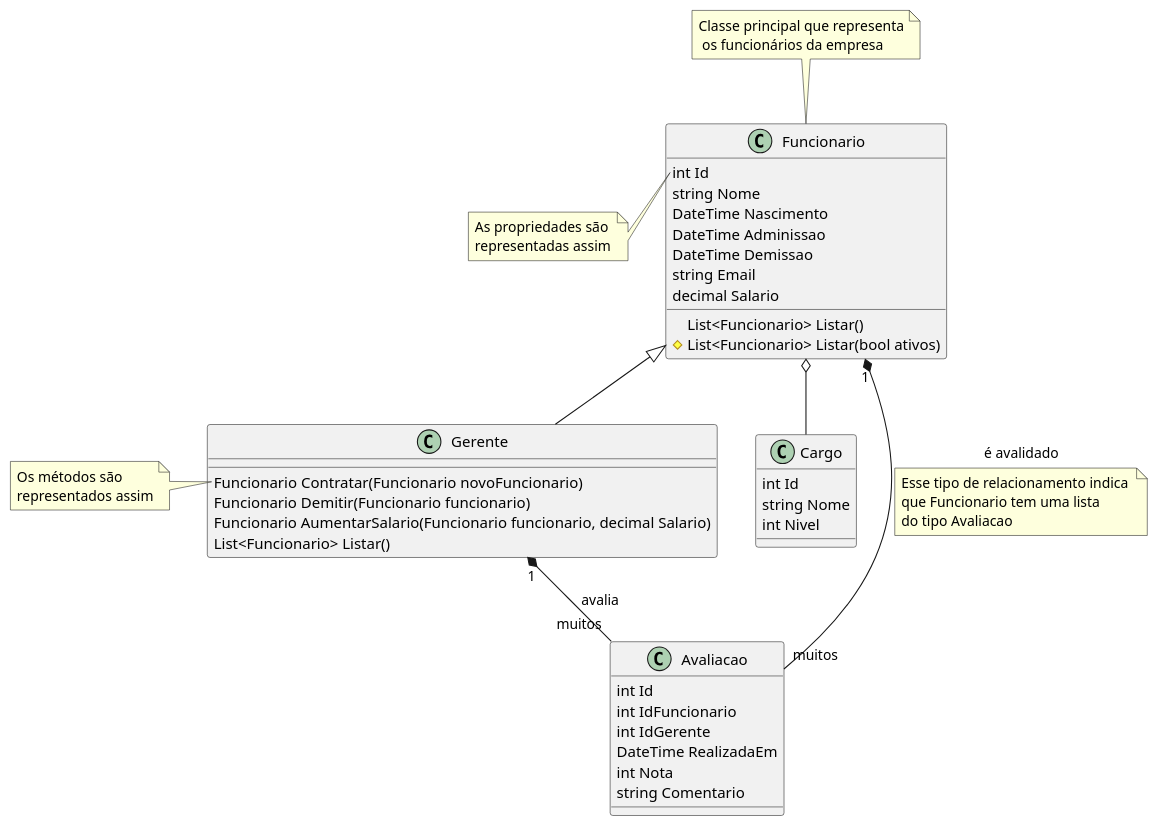
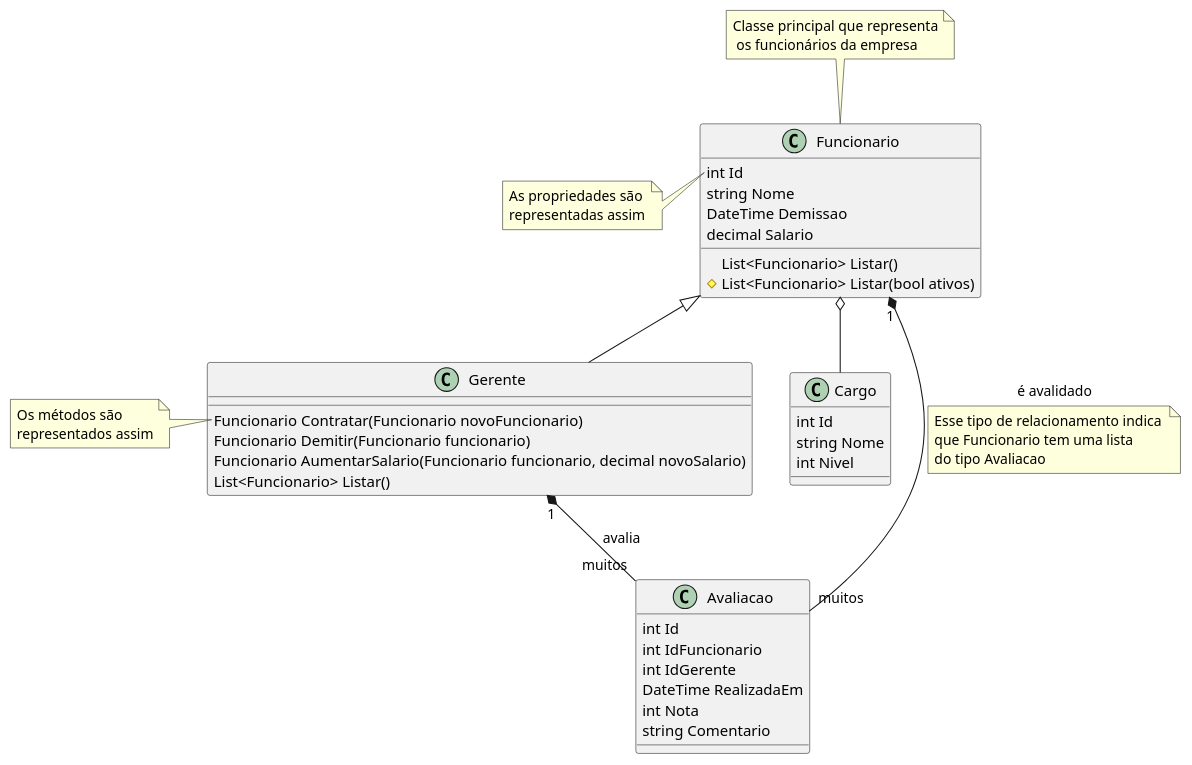
One commit to robertoosantosdev/educafro_2310_-csharp changed the diagram in diagrams/src/classDiagram.pu. Above: the diagram before and after it, drawn with PlantUML. The commit also changed 2 other files, not shown here.

```diff
--- a/diagrams/src/classDiagram.pu
+++ b/diagrams/src/classDiagram.pu
@@ -1,52 +1,49 @@
 @startuml
 class Cargo {
     int Id
     string Nome
     int Nivel
 }
 
 class Funcionario {
     int Id
     string Nome
-    DateTime Nascimento
-    DateTime Adminissao
     DateTime Demissao
-    string Email
     decimal Salario
     List<Funcionario> Listar()
     #List<Funcionario> Listar(bool ativos)
 }
 
 class Avaliacao {
     int Id
     int IdFuncionario
     int IdGerente
     DateTime RealizadaEm
     int Nota
     string Comentario
 }
 
 class Gerente {
     Funcionario Contratar(Funcionario novoFuncionario)
     Funcionario Demitir(Funcionario funcionario)
-    Funcionario AumentarSalario(Funcionario funcionario, decimal Salario)
+    Funcionario AumentarSalario(Funcionario funcionario, decimal novoSalario)
     List<Funcionario> Listar()
 }
 
 Funcionario <|-- Gerente
 Funcionario o-- Cargo
 Funcionario "1" *-- "muitos" Avaliacao : é avalidado
 note bottom on link : Esse tipo de relacionamento indica \nque Funcionario tem uma lista \ndo tipo Avaliacao
 
 Gerente "1" *-- "muitos" Avaliacao : avalia
 
 note top of Funcionario : Classe principal que representa\n os funcionários da empresa
 note left of Funcionario::Id
     As propriedades são 
     representadas assim
 end note
 note left of Gerente::Contratar
     Os métodos são 
     representados assim
 end note
 @enduml
```
